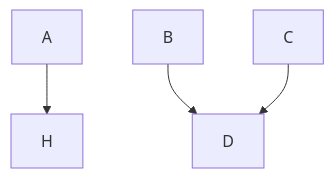
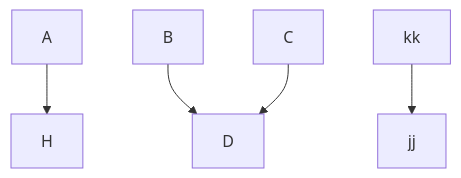
One commit to TomppeliG6-8/fullstack changed the diagram in Part0/0.4 - New note diagram/readme.md. Above: the diagram before and after it, drawn with Mermaid.

````diff
--- a/Part0/0.4 - New note diagram/readme.md
+++ b/Part0/0.4 - New note diagram/readme.md
@@ -1,6 +1,7 @@
 ```mermaid
 graph TD;
     A-->H;
     B-->D;
     C-->D;
+    kk-->jj;
 ```
````
